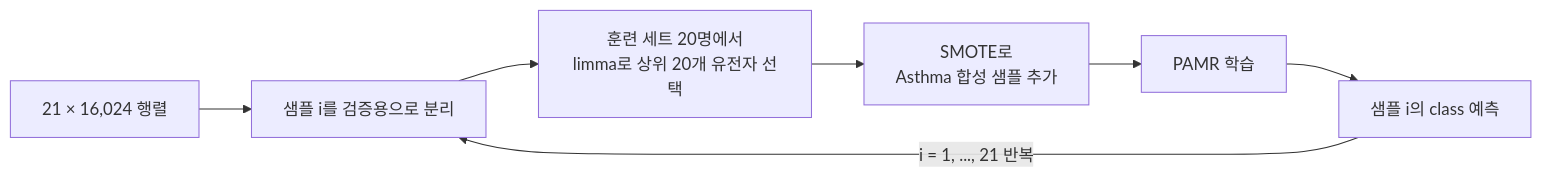
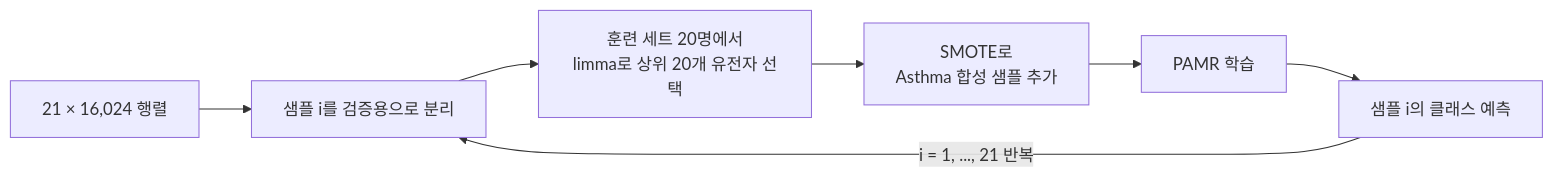
Before and after one commit to Choroning/25Fall_Convergence-Informatics: the diagram in Coursework/HW03_Supervised-Learning/Assignment-Explanation.ko.md, drawn with Mermaid. The commit also changed other lines of this file and 17 other files, not shown here.

````diff
--- a/Coursework/HW03_Supervised-Learning/Assignment-Explanation.ko.md
+++ b/Coursework/HW03_Supervised-Learning/Assignment-Explanation.ko.md
@@ -91,9 +91,9 @@
 ```mermaid
 graph LR
     A["21 × 16,024 행렬"] --> B["샘플 i를 검증용으로 분리"]
     B --> C["훈련 세트 20명에서<br>limma로 상위 20개 유전자 선택"]
     C --> D["SMOTE로<br>Asthma 합성 샘플 추가"]
     D --> E["PAMR 학습"]
-    E --> F["샘플 i의 class 예측"]
+    E --> F["샘플 i의 클래스 예측"]
     F -->|i = 1, ..., 21 반복| B
 ```
````
